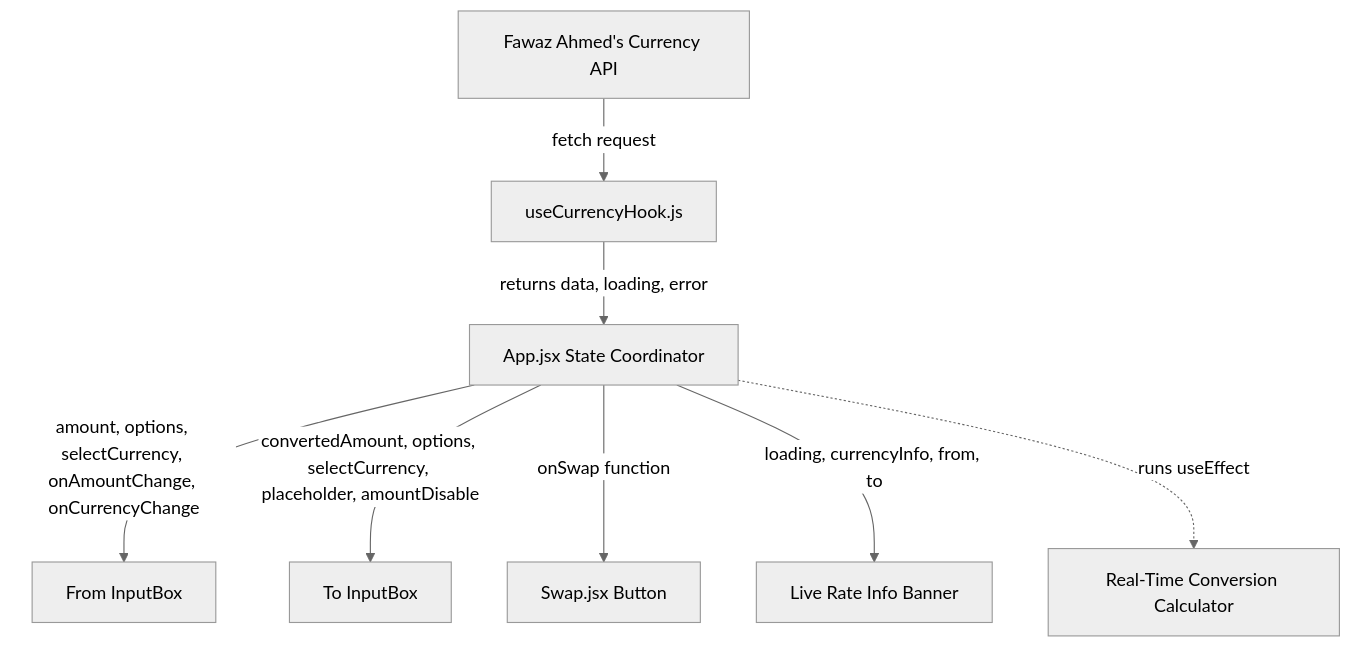
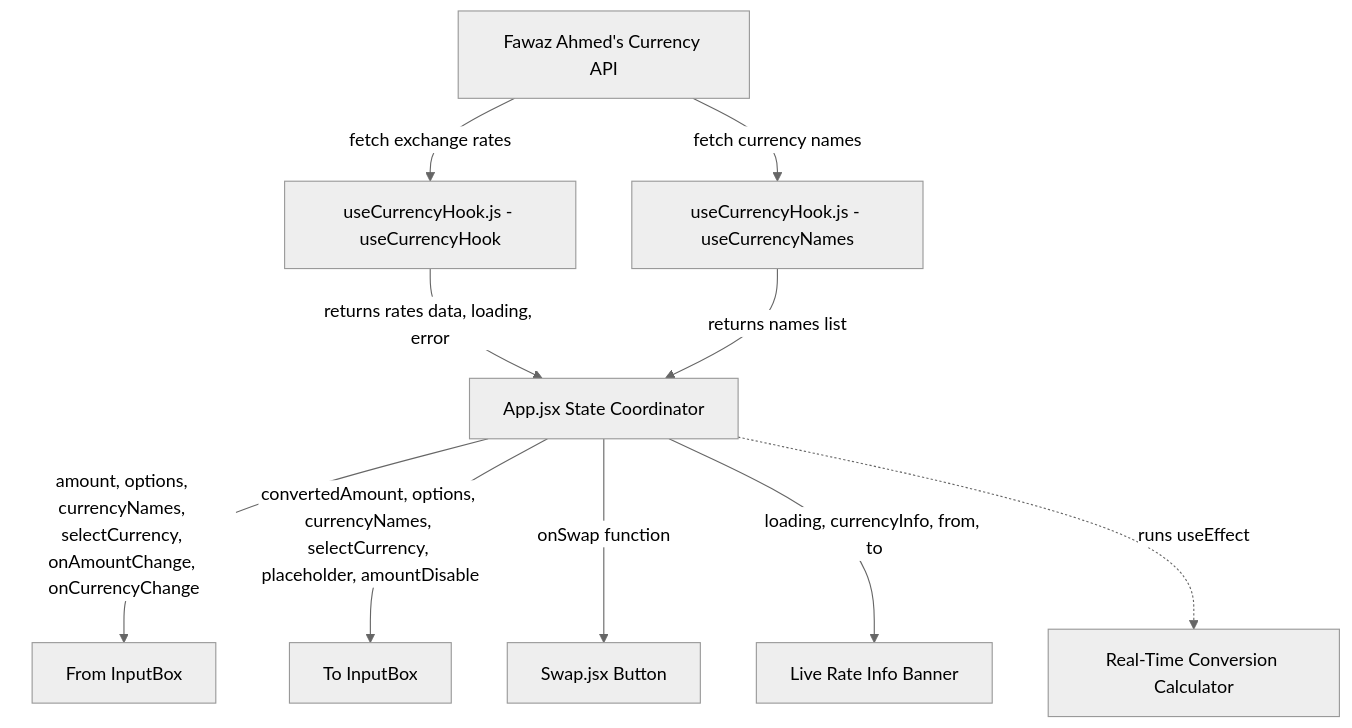
The diagram in layout_reference.md (zeroTwoishan/CurrencyConverter), drawn with Mermaid (neutral theme) before and after one commit. The commit also changed other lines of this file, not shown here.

Commit message:
docs: document the useCurrencyNames hook in layout reference

````diff
--- a/layout_reference.md
+++ b/layout_reference.md
@@ -9,12 +9,15 @@
 ```mermaid
 graph TD
-    API[Fawaz Ahmed's Currency API] -->|fetch request| Hook[useCurrencyHook.js]
-    Hook -->|returns data, loading, error| App[App.jsx State Coordinator]
+    API[Fawaz Ahmed's Currency API] -->|fetch exchange rates| Hook[useCurrencyHook.js - useCurrencyHook]
+    API -->|fetch currency names| HookNames[useCurrencyHook.js - useCurrencyNames]
     
-    App -->|amount, options, selectCurrency, onAmountChange, onCurrencyChange| FromCard[From InputBox]
-    App -->|convertedAmount, options, selectCurrency, placeholder, amountDisable| ToCard[To InputBox]
+    Hook -->|returns rates data, loading, error| App[App.jsx State Coordinator]
+    HookNames -->|returns names list| App
+    
+    App -->|amount, options, currencyNames, selectCurrency, onAmountChange, onCurrencyChange| FromCard[From InputBox]
+    App -->|convertedAmount, options, currencyNames, selectCurrency, placeholder, amountDisable| ToCard[To InputBox]
     App -->|onSwap function| SwapBtn[Swap.jsx Button]
     App -->|loading, currencyInfo, from, to| InfoBanner[Live Rate Info Banner]
     
     App -.->|runs useEffect| Calculate[Real-Time Conversion Calculator]
 ```
````
